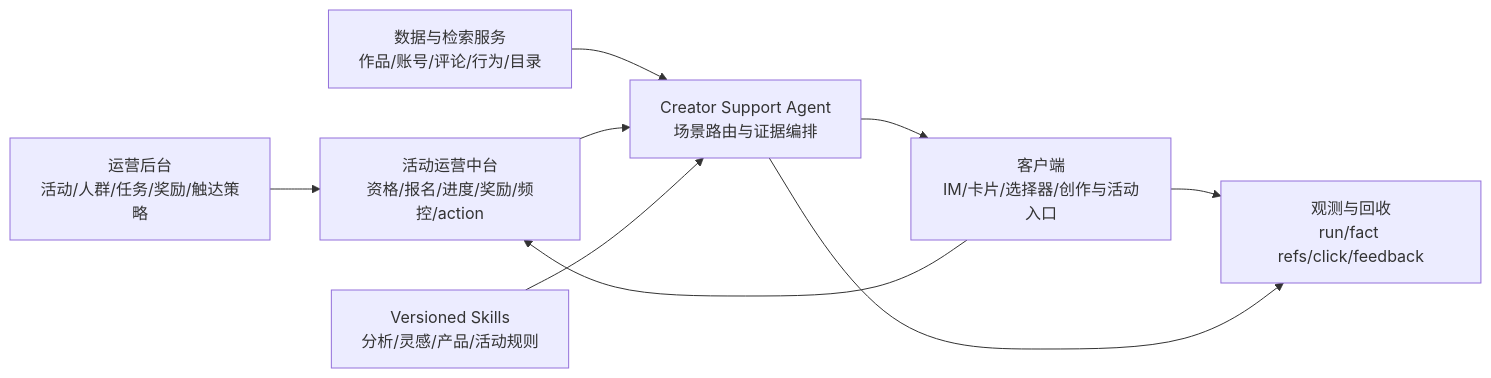
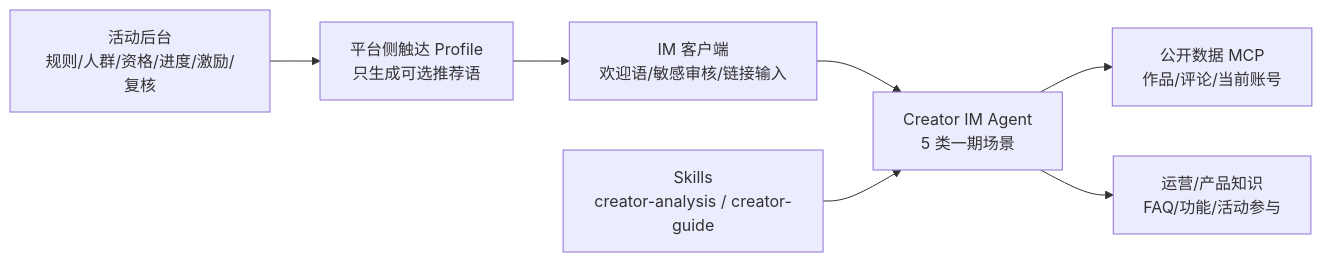
One commit to seedleap/ops-assistant-agent changed the diagram in docs/CREATOR-SUPPORT-ARCHITECTURE.md. Above: the diagram before and after it, drawn with Mermaid. The commit also changed other lines of this file and 25 other files, not shown here.

Commit message:
refactor: align creator agent with RPD revision 4291

````diff
--- a/docs/CREATOR-SUPPORT-ARCHITECTURE.md
+++ b/docs/CREATOR-SUPPORT-ARCHITECTURE.md
@@ -9,19 +17,17 @@
 ```mermaid
 flowchart LR
-    OPS["运营后台<br/>活动/人群/任务/奖励/触达策略"]
-    DATA["数据与检索服务<br/>作品/账号/评论/行为/目录"]
-    CORE["活动运营中台<br/>资格/报名/进度/奖励/频控/action"]
-    ROUTER["Creator Support Agent<br/>场景路由与证据编排"]
-    SKILLS["Versioned Skills<br/>分析/灵感/产品/活动规则"]
-    CLIENT["客户端<br/>IM/卡片/选择器/创作与活动入口"]
-    TRACE["观测与回收<br/>run/fact refs/click/feedback"]
+    CLIENT["IM 客户端<br/>欢迎语/敏感审核/链接输入"]
+    AGENT["Creator IM Agent<br/>5 类一期场景"]
+    SKILLS["Skills<br/>creator-analysis / creator-guide"]
+    DATA["公开数据 MCP<br/>作品/评论/当前账号"]
+    DOCS["运营/产品知识<br/>FAQ/功能/活动参与"]
+    ACTIVITY["活动后台<br/>规则/人群/资格/进度/激励/复核"]
+    OUTREACH["平台侧触达 Profile<br/>只生成可选推荐语"]
 
-    OPS --> CORE
-    DATA --> ROUTER
-    CORE --> ROUTER
-    SKILLS --> ROUTER
-    ROUTER --> CLIENT
-    CLIENT --> CORE
-    CLIENT --> TRACE
-    ROUTER --> TRACE
+    CLIENT --> AGENT
+    SKILLS --> AGENT
+    AGENT --> DATA
+    AGENT --> DOCS
+    ACTIVITY --> OUTREACH
+    OUTREACH --> CLIENT
 ```
````
